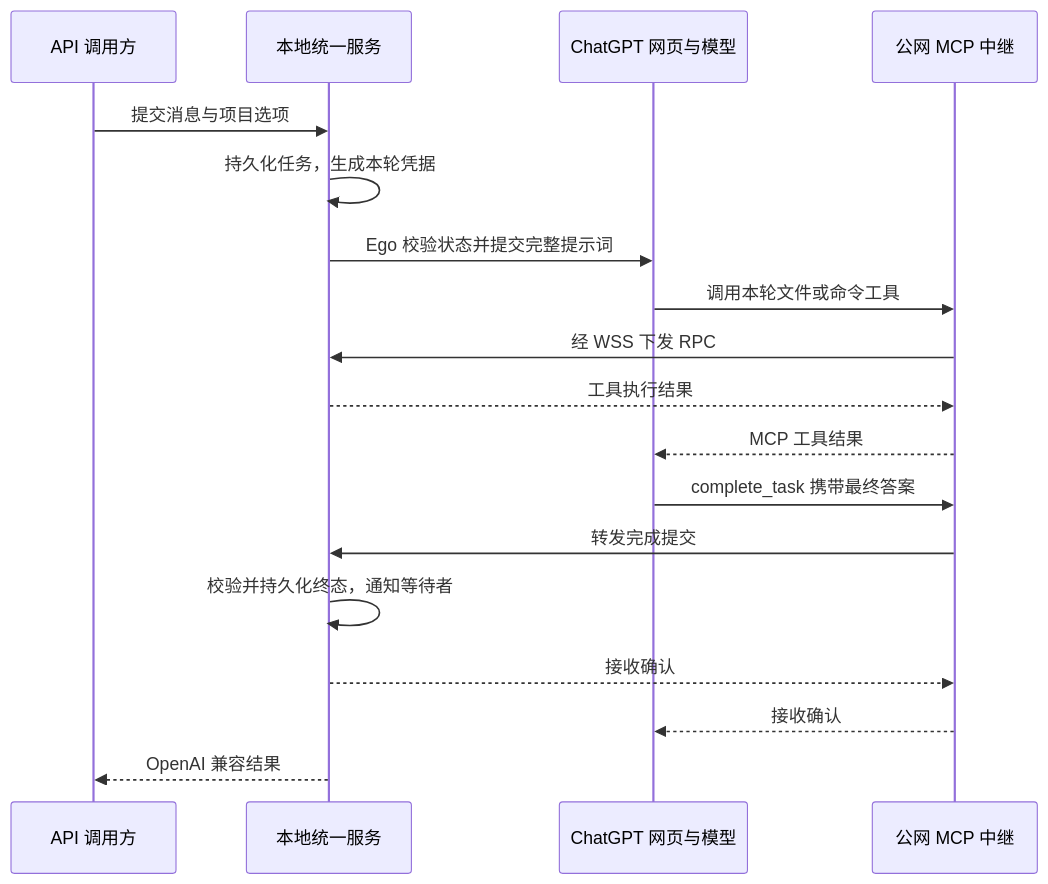
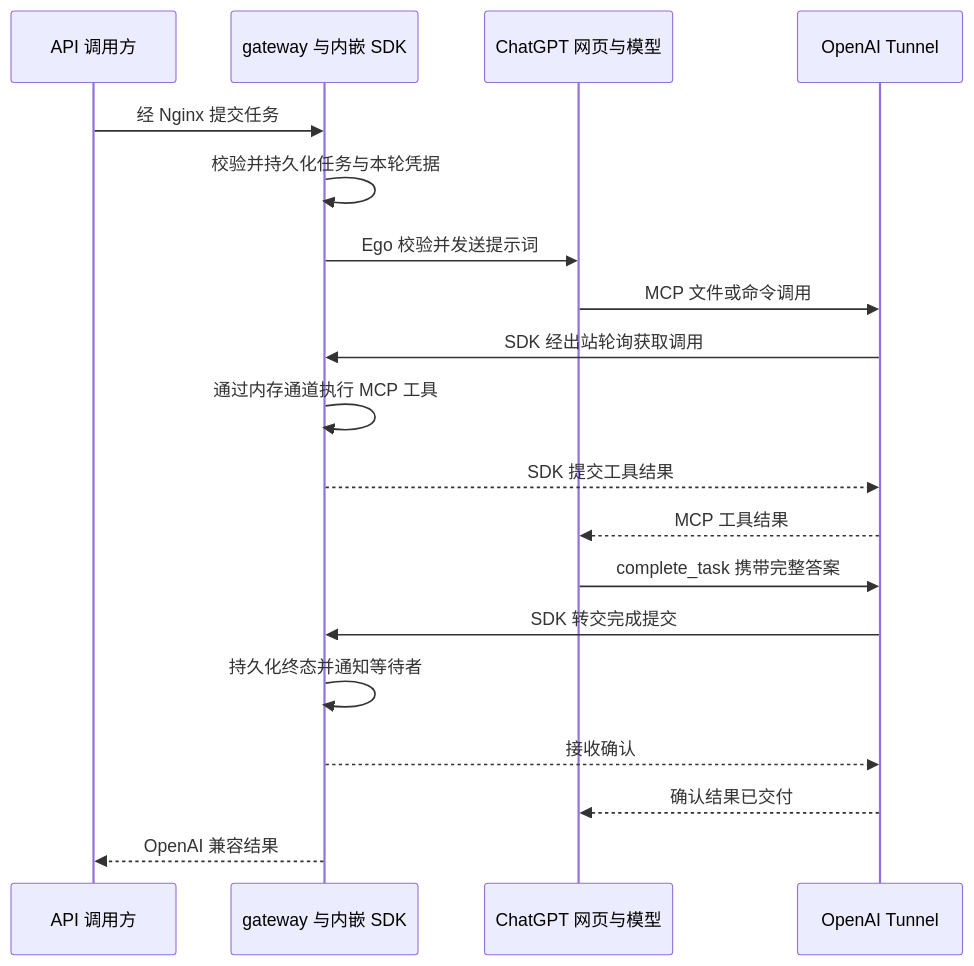
Before and after one commit to kk2land/gptweb2api: the second of 2 diagrams in agents/implementation-plan.md, drawn with Mermaid. The commit also changed other lines of this file and 3 other files, not shown here.

Commit message:
docs: replace self-hosted relay with embedded OpenAI Tunnel SDK

````diff
--- a/agents/implementation-plan.md
+++ b/agents/implementation-plan.md
@@ -123,21 +138,22 @@
 ```mermaid
 sequenceDiagram
     participant C as API 调用方
-    participant L as 本地统一服务
+    participant L as gateway 与内嵌 SDK
     participant G as ChatGPT 网页与模型
-    participant R as 公网 MCP 中继
+    participant T as OpenAI Tunnel
 
-    C->>L: 提交消息与项目选项
-    L->>L: 持久化任务，生成本轮凭据
-    L->>G: Ego 校验状态并提交完整提示词
-    G->>R: 调用本轮文件或命令工具
-    R->>L: 经 WSS 下发 RPC
-    L-->>R: 工具执行结果
-    R-->>G: MCP 工具结果
-    G->>R: complete_task 携带最终答案
-    R->>L: 转发完成提交
-    L->>L: 校验并持久化终态，通知等待者
-    L-->>R: 接收确认
-    R-->>G: 接收确认
+    C->>L: 经 Nginx 提交任务
+    L->>L: 校验并持久化任务与本轮凭据
+    L->>G: Ego 校验并发送提示词
+    G->>T: MCP 文件或命令调用
+    T->>L: SDK 经出站轮询获取调用
+    L->>L: 通过内存通道执行 MCP 工具
+    L-->>T: SDK 提交工具结果
+    T-->>G: MCP 工具结果
+    G->>T: complete_task 携带完整答案
+    T->>L: SDK 转交完成提交
+    L->>L: 持久化终态并通知等待者
+    L-->>T: 接收确认
+    T-->>G: 确认结果已交付
     L-->>C: OpenAI 兼容结果
 ```
````
